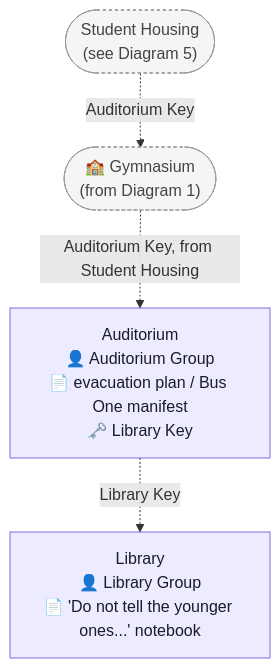
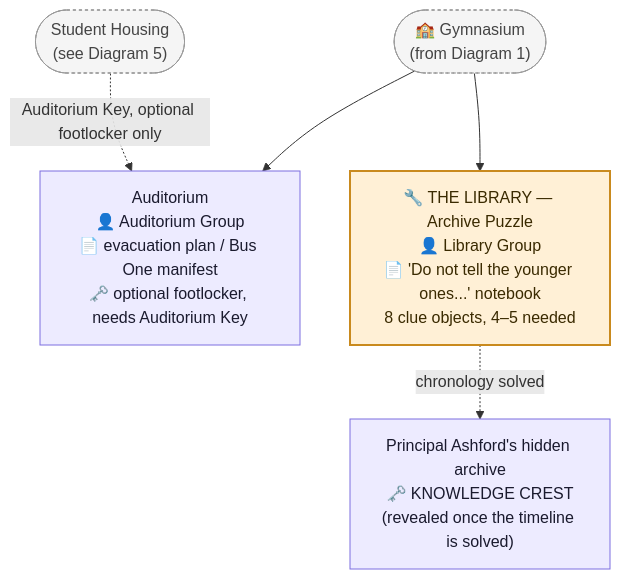
Before and after one commit to GIToez/Deadlock-Design: the third of 5 diagrams in DESIGN/Locations/Academy.md, drawn with Mermaid. The commit also changed other lines of this file and 8 other files, not shown here.

Commit message:
Synchronization pass: fix Monastery open-order contradiction, remove obsolete key chains, correct stale doc claims, loosen hub rule, lock Jim/Zombie King crest-count progressions

````diff
--- a/DESIGN/Locations/Academy.md
+++ b/DESIGN/Locations/Academy.md
@@ -457,16 +463,21 @@
 ```mermaid
 flowchart TD
     GYMREF2(["🏫 Gymnasium<br/>(from Diagram 1)"])
     HOUSINGREF(["Student Housing<br/>(see Diagram 5)"])
-    AUD["Auditorium<br/>👤 Auditorium Group<br/>📄 evacuation plan / Bus One manifest<br/>🗝️ Library Key"]
-    LIB["Library<br/>👤 Library Group<br/>📄 'Do not tell the younger ones...' notebook"]
+    AUD["Auditorium<br/>👤 Auditorium Group<br/>📄 evacuation plan / Bus One manifest<br/>🗝️ optional footlocker, needs Auditorium Key"]
+    LIB["🔧 THE LIBRARY — Archive Puzzle<br/>👤 Library Group<br/>📄 'Do not tell the younger ones...' notebook<br/>8 clue objects, 4–5 needed"]
+    ARCHIVE["Principal Ashford's hidden archive<br/>🗝️ KNOWLEDGE CREST<br/>(revealed once the timeline is solved)"]
 
-    HOUSINGREF -. Auditorium Key .-> GYMREF2
-    GYMREF2 -. Auditorium Key, from Student Housing .-> AUD
-    AUD -. Library Key .-> LIB
+    GYMREF2 --> AUD
+    GYMREF2 --> LIB
+    HOUSINGREF -. Auditorium Key, optional footlocker only .-> AUD
+    LIB -. chronology solved .-> ARCHIVE
 
     classDef room fill:#EDEBFF,stroke:#7C6EE0,color:#1a1a2e
+    classDef puzzle fill:#FFF0D6,stroke:#C98A1E,color:#3a2a00,stroke-width:2px
     classDef ref fill:#F5F5F5,stroke:#999999,color:#444444,stroke-dasharray:3 3
     class GYMREF2,HOUSINGREF ref
-    class AUD,LIB room
+    class AUD room
+    class LIB puzzle
+    class ARCHIVE room
 ```
````
